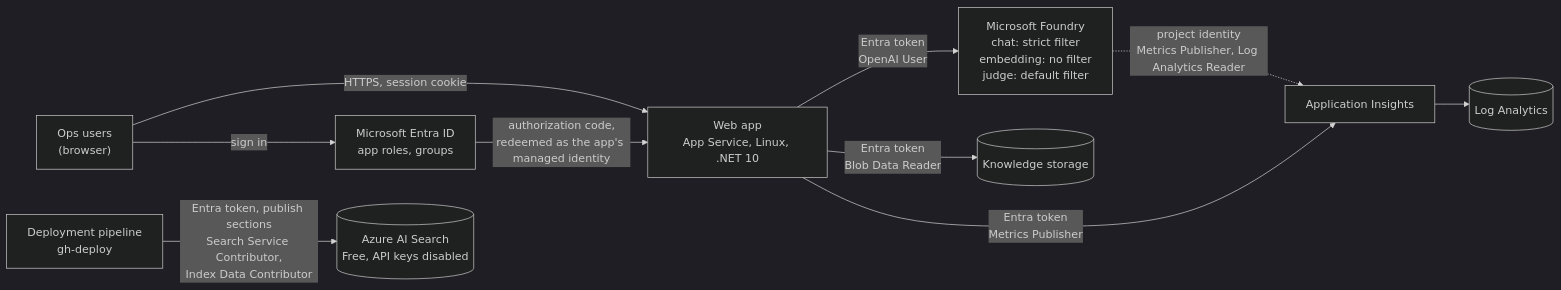
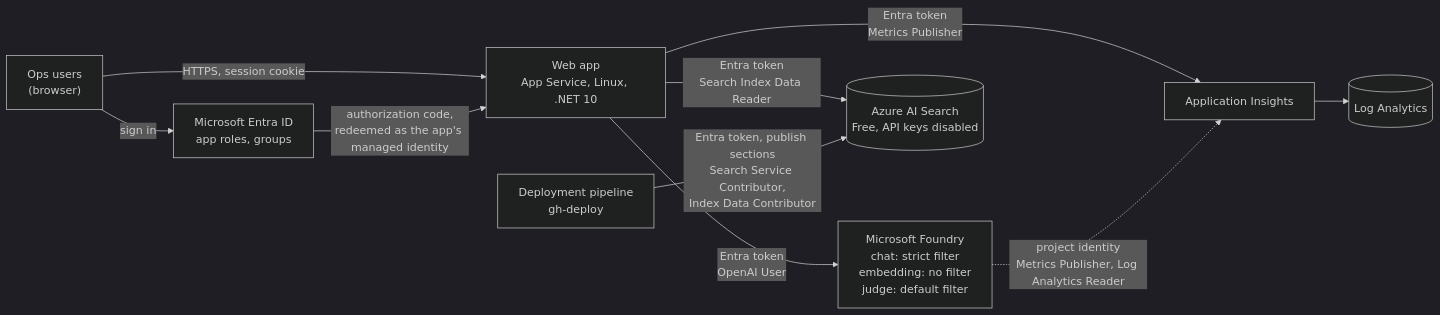
The first of 5 diagrams in docs/Architecture.md (ankurparekh1988/payment-ops-investigation-agent), drawn with Mermaid (dark theme) before and after one commit. The commit also changed other lines of this file and 114 other files, not shown here.

````diff
--- a/docs/Architecture.md
+++ b/docs/Architecture.md
@@ -26,12 +27,12 @@
 ```mermaid
 flowchart LR
   U["Ops users<br/>(browser)"] -->|HTTPS, session cookie| APP["Web app<br/>App Service, Linux, .NET 10"]
   U -->|sign in| E["Microsoft Entra ID<br/>app roles, groups"]
   E -->|"authorization code,<br/>redeemed as the app's managed identity"| APP
   APP -->|"Entra token<br/>OpenAI User"| F["Microsoft Foundry<br/>chat: strict filter<br/>embedding: no filter<br/>judge: default filter"]
-  APP -->|"Entra token<br/>Blob Data Reader"| ST[("Knowledge storage")]
+  APP -->|"Entra token<br/>Search Index Data Reader"| S
   APP -->|"Entra token<br/>Metrics Publisher"| AI["Application Insights"]
   AI --> LA[("Log Analytics")]
   F -.->|"project identity<br/>Metrics Publisher, Log Analytics Reader"| AI
   CD["Deployment pipeline<br/>gh-deploy"] -->|"Entra token, publish sections<br/>Search Service Contributor,<br/>Index Data Contributor"| S[("Azure AI Search<br/>Free, API keys disabled")]
 ```
````
